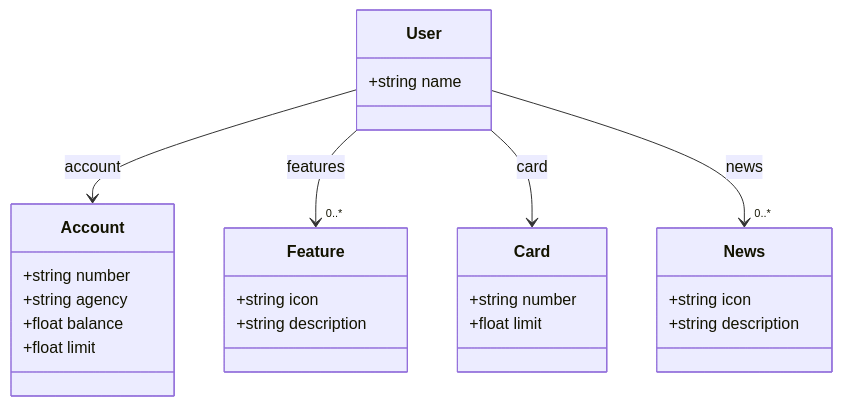
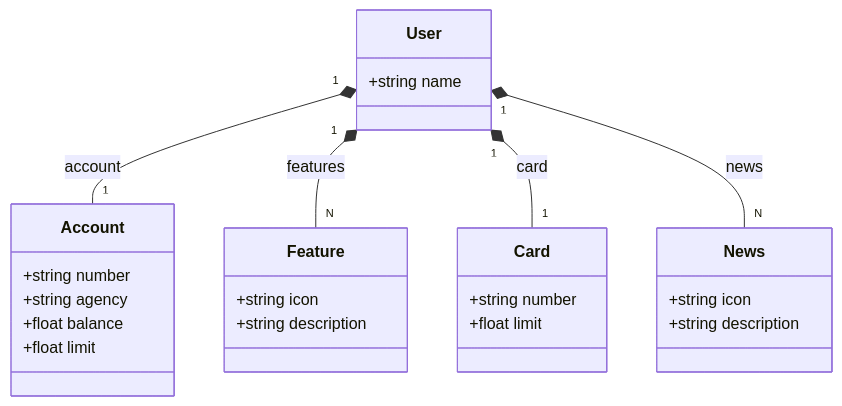
One commit to chrisdevjv/santander-dev-week-2023 changed the diagram in README.md. Above: the diagram before and after it, drawn with Mermaid.

````diff
--- a/README.md
+++ b/README.md
@@ -6,34 +6,34 @@
 ```mermaid
 
 classDiagram
     class User {
         +string name
     }
 
     class Account {
         +string number
         +string agency
         +float balance
         +float limit
     }
 
     class Feature {
         +string icon
         +string description
     }
 
     class Card {
         +string number
         +float limit
     }
 
     class News {
         +string icon
         +string description
     }
 
-    User --> Account : account
-    User --> "0..*" Feature : features
-    User --> Card : card
-    User --> "0..*" News : news
+    User "1" *-- "1" Account : account
+    User "1" *-- "N" Feature : features
+    User "1" *-- "1" Card : card
+    User "1" *--  "N" News : news
 ```
````
